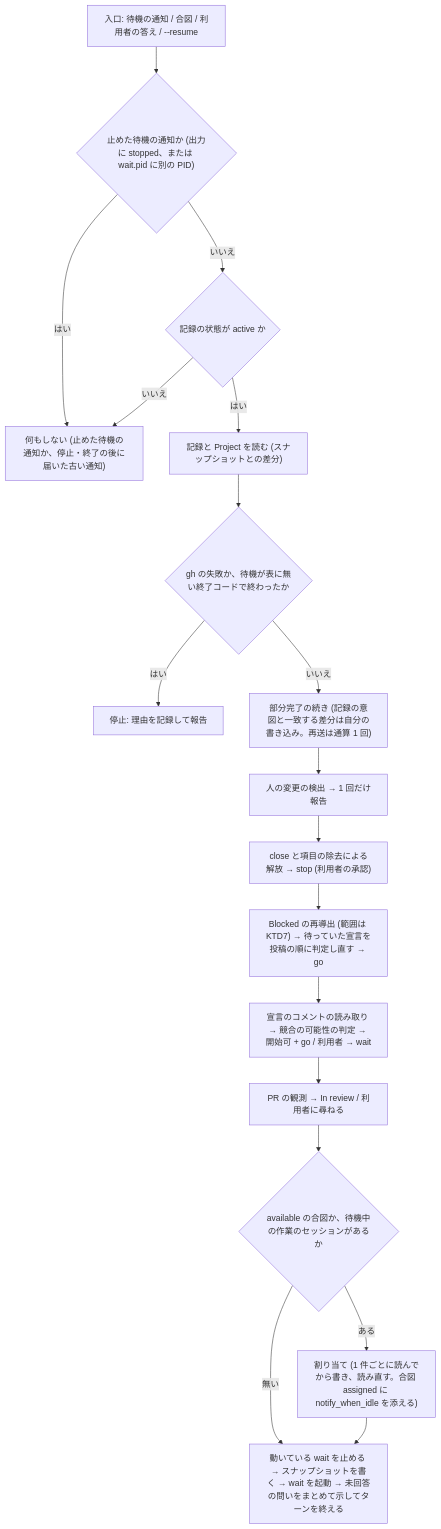
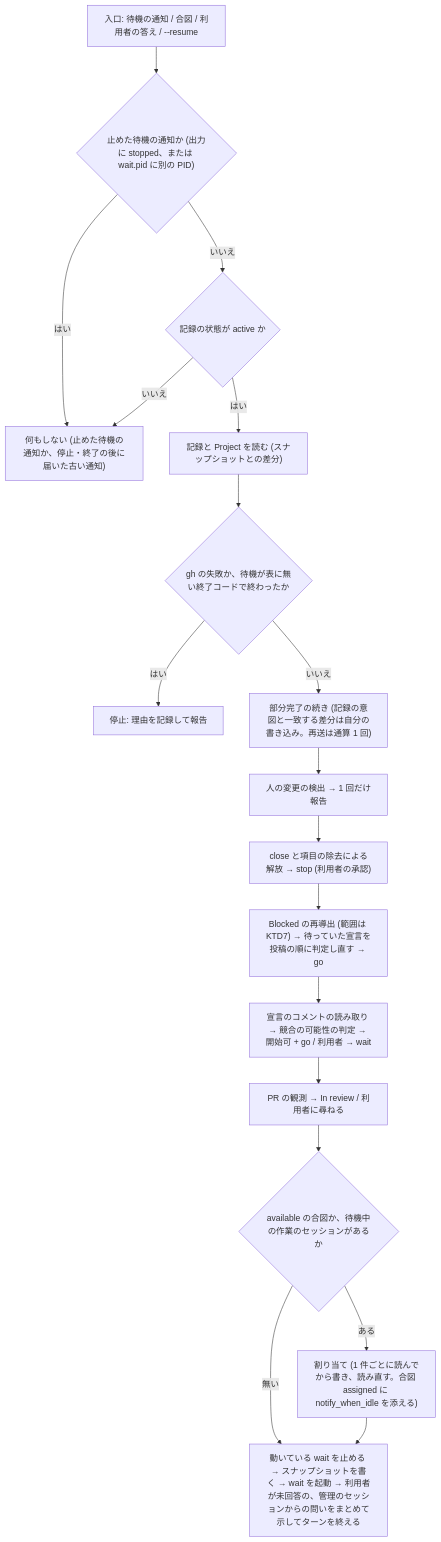
One commit to akm/claude-plugins changed the third of 3 diagrams in docs/plans/2026-10-06-2025-feat-issue-dispatch-plan.md. Above: the diagram before and after it, drawn with Mermaid. The commit also changed other lines of this file, not shown here.

First line of the commit message:
📝 docs(plans): issue-dispatch の計画で、用語「利用者が未回答の、管理のセッションからの問い」を定義し、「未回答の問い」と「保留の承認」をこの用語にする (#114)

````diff
--- a/docs/plans/2026-10-06-2025-feat-issue-dispatch-plan.md
+++ b/docs/plans/2026-10-06-2025-feat-issue-dispatch-plan.md
@@ -684,20 +685,20 @@
 ```mermaid
 flowchart TB
   E["入口: 待機の通知 / 合図 / 利用者の答え / --resume"] --> SP{"止めた待機の通知か (出力に stopped、または wait.pid に別の PID)"}
   SP -- はい --> N["何もしない (止めた待機の通知か、停止・終了の後に届いた古い通知)"]
   SP -- いいえ --> ST{"記録の状態が active か"}
   ST -- いいえ --> N
   ST -- はい --> R0["記録と Project を読む (スナップショットとの差分)"]
   R0 --> X{"gh の失敗か、待機が表に無い終了コードで終わったか"}
   X -- はい --> S1["停止: 理由を記録して報告"]
   X -- いいえ --> Q["部分完了の続き (記録の意図と一致する差分は自分の書き込み。再送は通算 1 回)"]
   Q --> H["人の変更の検出 → 1 回だけ報告"]
   H --> C["close と項目の除去による解放 → stop (利用者の承認)"]
   C --> B["Blocked の再導出 (範囲は KTD7) → 待っていた宣言を投稿の順に判定し直す → go"]
   B --> D["宣言のコメントの読み取り → 競合の可能性の判定 → 開始可 + go / 利用者 → wait"]
   D --> P["PR の観測 → In review / 利用者に尋ねる"]
   P --> A{"available の合図か、待機中の作業のセッションがあるか"}
   A -- ある --> AS["割り当て (1 件ごとに読んでから書き、読み直す。合図 assigned に notify_when_idle を添える)"]
   A -- 無い --> W
-  AS --> W["動いている wait を止める → スナップショットを書く → wait を起動 → 未回答の問いをまとめて示してターンを終える"]
+  AS --> W["動いている wait を止める → スナップショットを書く → wait を起動 → 利用者が未回答の、管理のセッションからの問いをまとめて示してターンを終える"]
 ```
````
